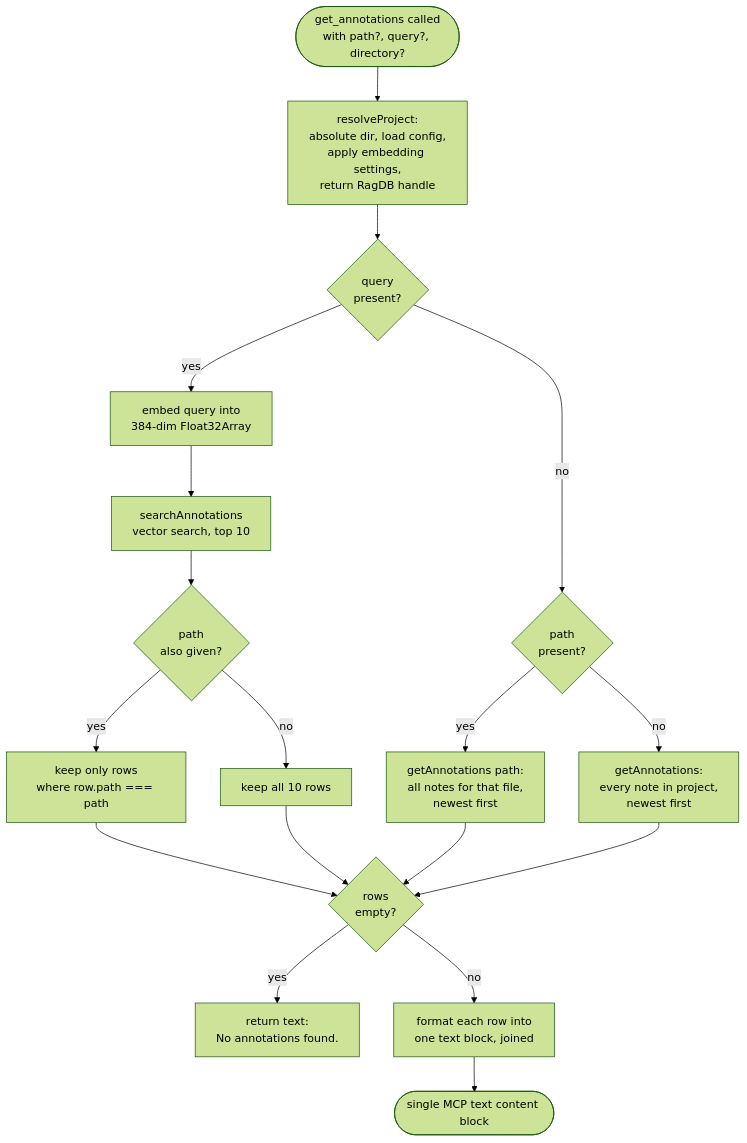
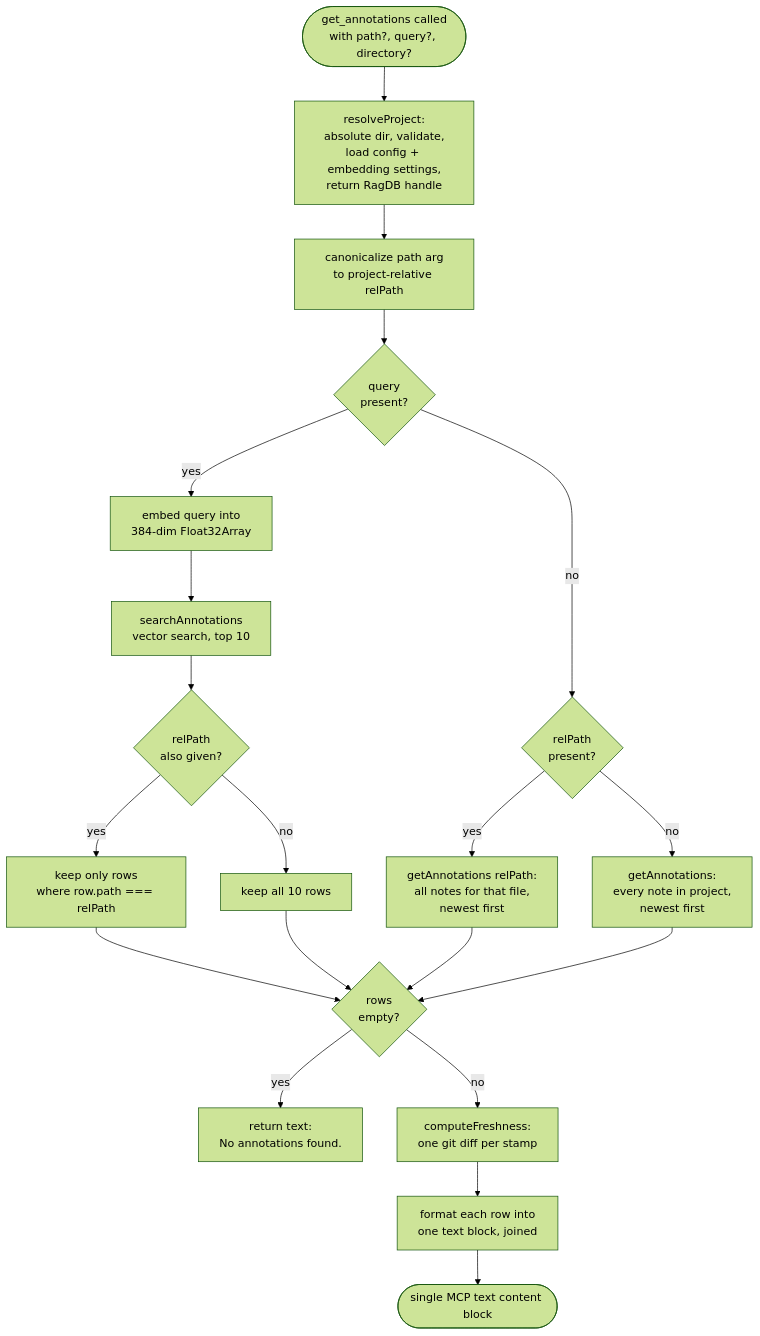
Before and after one commit to TheWinci/mimirs: the diagram in wiki/tools/get-annotations.md, drawn with Mermaid (forest theme). The commit also changed other lines of this file and 58 other files, not shown here.

````diff
--- a/wiki/tools/get-annotations.md
+++ b/wiki/tools/get-annotations.md
@@ -13,20 +13,22 @@
 ```mermaid
 flowchart TD
-    Start([get_annotations called<br>with path?, query?, directory?]) --> Resolve[resolveProject:<br>absolute dir, load config,<br>apply embedding settings,<br>return RagDB handle]
-    Resolve --> HasQuery{query<br>present?}
+    StartNode([get_annotations called<br>with path?, query?, directory?]) --> Resolve[resolveProject:<br>absolute dir, validate,<br>load config + embedding settings,<br>return RagDB handle]
+    Resolve --> Canon[canonicalize path arg<br>to project-relative relPath]
+    Canon --> HasQuery{query<br>present?}
     HasQuery -->|yes| Embed[embed query into<br>384-dim Float32Array]
     Embed --> Search[searchAnnotations<br>vector search, top 10]
-    Search --> HasPathToo{path<br>also given?}
-    HasPathToo -->|yes| Filter[keep only rows<br>where row.path === path]
+    Search --> HasPathToo{relPath<br>also given?}
+    HasPathToo -->|yes| Filter[keep only rows<br>where row.path === relPath]
     HasPathToo -->|no| Keep[keep all 10 rows]
-    HasQuery -->|no| HasPath{path<br>present?}
-    HasPath -->|yes| GetByPath[getAnnotations path:<br>all notes for that file,<br>newest first]
+    HasQuery -->|no| HasPath{relPath<br>present?}
+    HasPath -->|yes| GetByPath[getAnnotations relPath:<br>all notes for that file,<br>newest first]
     HasPath -->|no| GetAll[getAnnotations:<br>every note in project,<br>newest first]
     Filter --> Empty{rows<br>empty?}
     Keep --> Empty
     GetByPath --> Empty
     GetAll --> Empty
     Empty -->|yes| NoneOut["return text:<br>No annotations found."]
-    Empty -->|no| Format[format each row into<br>one text block, joined]
+    Empty -->|no| Fresh[computeFreshness:<br>one git diff per stamp]
+    Fresh --> Format[format each row into<br>one text block, joined]
     Format --> Out([single MCP text content block])
 ```
````
